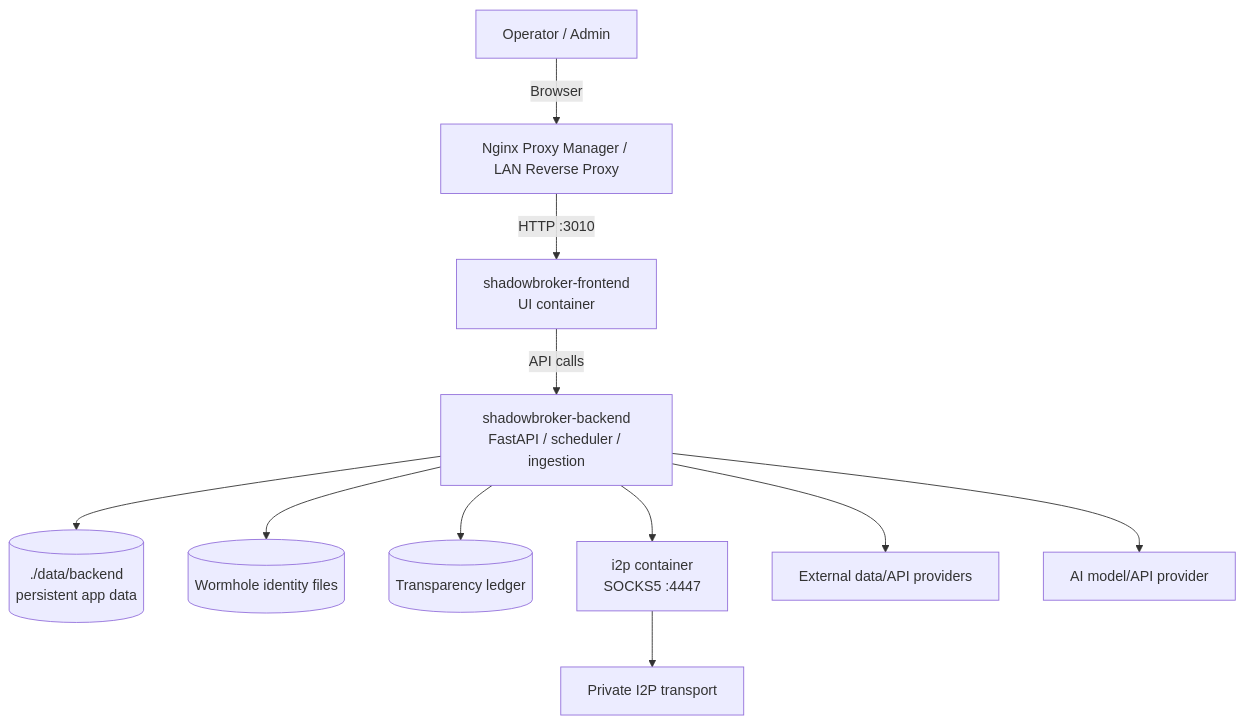
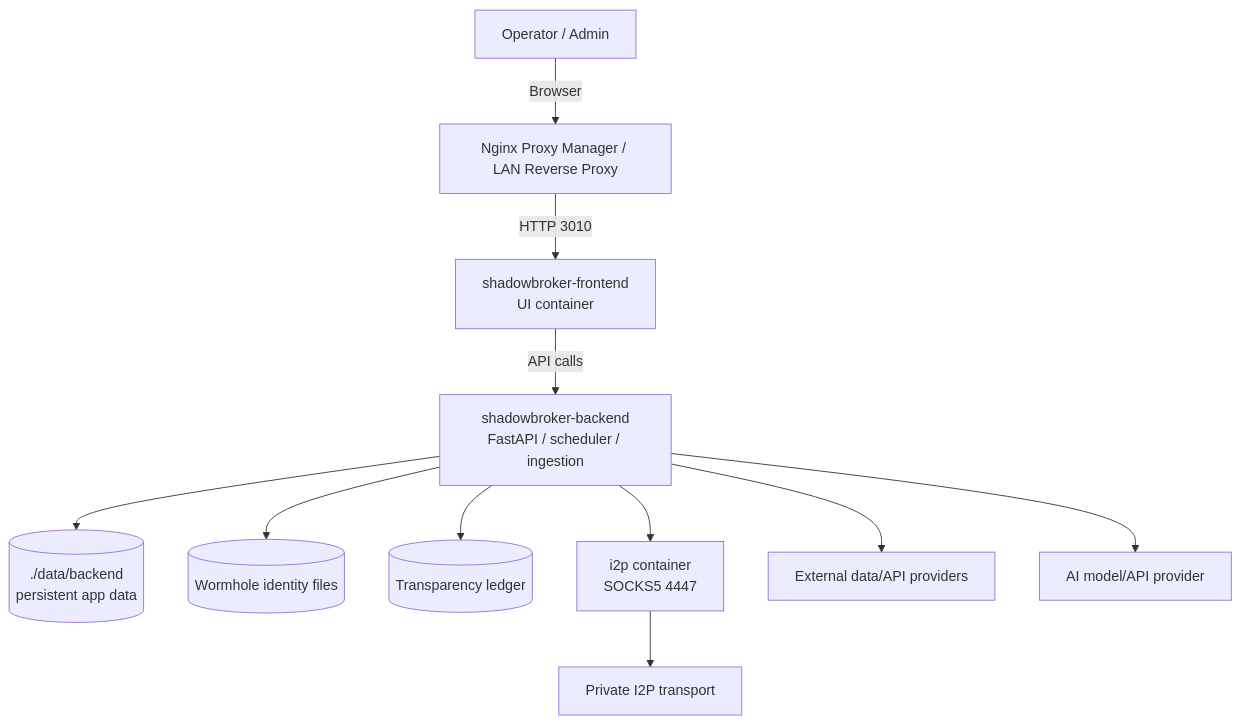
One commit to pirocorp/Ubuntu-Media-Server-Homelab-Setup-Guide changed the first of 16 diagrams in ShadowBroker_Complete_Documentation_Runbook.md. Above: the diagram before and after it, drawn with Mermaid. The commit also changed other lines of this file, not shown here.

````diff
--- a/ShadowBroker_Complete_Documentation_Runbook.md
+++ b/ShadowBroker_Complete_Documentation_Runbook.md
@@ -56,13 +56,13 @@
 ```mermaid
 flowchart TD
-    Operator[Operator / Admin] -->|Browser| Proxy[Nginx Proxy Manager / LAN Reverse Proxy]
-    Proxy -->|HTTP :3010| Frontend[shadowbroker-frontend<br/>UI container]
-    Frontend -->|API calls| Backend[shadowbroker-backend<br/>FastAPI / scheduler / ingestion]
-    Backend --> Data[(./data/backend<br/>persistent app data)]
-    Backend --> Wormhole[(Wormhole identity files)]
-    Backend --> Transparency[(Transparency ledger)]
-    Backend --> I2P[i2p container<br/>SOCKS5 :4447]
-    I2P --> PrivateNet[Private I2P transport]
-    Backend --> ExternalAPIs[External data/API providers]
-    Backend --> AIProvider[AI model/API provider]
+    Operator["Operator / Admin"] -->|Browser| Proxy["Nginx Proxy Manager / LAN Reverse Proxy"]
+    Proxy -->|HTTP 3010| Frontend["shadowbroker-frontend<br/>UI container"]
+    Frontend -->|API calls| Backend["shadowbroker-backend<br/>FastAPI / scheduler / ingestion"]
+    Backend --> Data[("./data/backend<br/>persistent app data")]
+    Backend --> Wormhole[("Wormhole identity files")]
+    Backend --> Transparency[("Transparency ledger")]
+    Backend --> I2P["i2p container<br/>SOCKS5 4447"]
+    I2P --> PrivateNet["Private I2P transport"]
+    Backend --> ExternalAPIs["External data/API providers"]
+    Backend --> AIProvider["AI model/API provider"]
 ```
````
